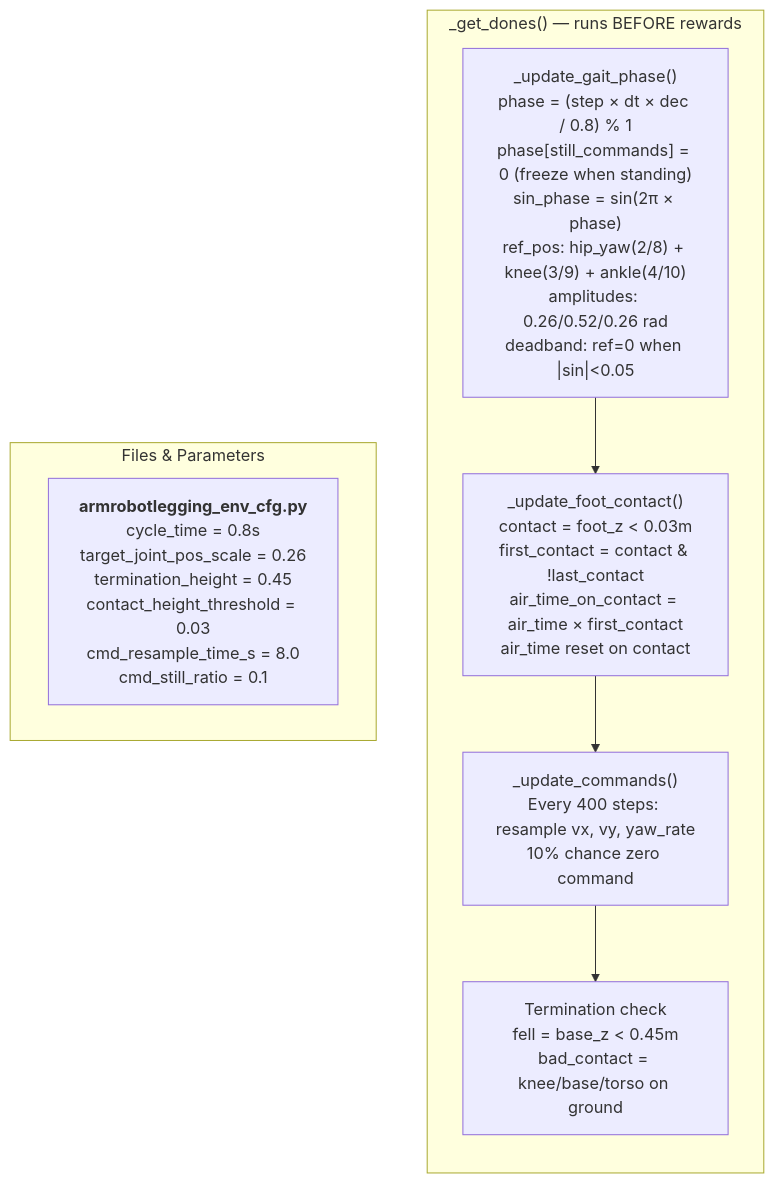
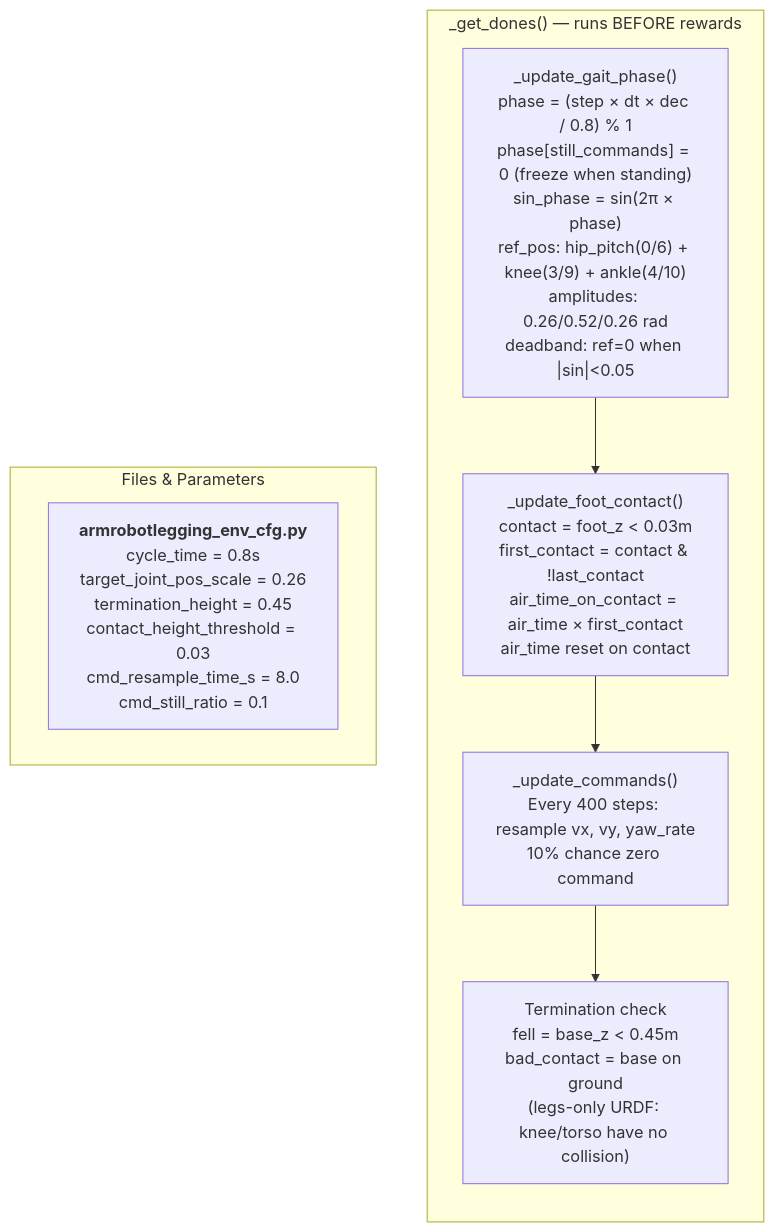
Before and after one commit to armmarov/armrobot: the fourth of 8 diagrams in docs/TRAINING_FLOW.md, drawn with Mermaid. The commit also changed other lines of this file and 3 other files, not shown here.

````diff
--- a/docs/TRAINING_FLOW.md
+++ b/docs/TRAINING_FLOW.md
@@ -94,15 +94,15 @@
 ```mermaid
 flowchart TB
     subgraph DONES["_get_dones() — runs BEFORE rewards"]
         direction TB
-        GP["_update_gait_phase()<br/>phase = (step × dt × dec / 0.8) % 1<br/>phase[still_commands] = 0 (freeze when standing)<br/>sin_phase = sin(2π × phase)<br/>ref_pos: hip_yaw(2/8) + knee(3/9) + ankle(4/10)<br/>amplitudes: 0.26/0.52/0.26 rad<br/>deadband: ref=0 when |sin|<0.05"]
+        GP["_update_gait_phase()<br/>phase = (step × dt × dec / 0.8) % 1<br/>phase[still_commands] = 0 (freeze when standing)<br/>sin_phase = sin(2π × phase)<br/>ref_pos: hip_pitch(0/6) + knee(3/9) + ankle(4/10)<br/>amplitudes: 0.26/0.52/0.26 rad<br/>deadband: ref=0 when |sin|<0.05"]
         FC["_update_foot_contact()<br/>contact = foot_z < 0.03m<br/>first_contact = contact & !last_contact<br/>air_time_on_contact = air_time × first_contact<br/>air_time reset on contact"]
         CMD["_update_commands()<br/>Every 400 steps: resample vx, vy, yaw_rate<br/>10% chance zero command"]
-        TERM["Termination check<br/>fell = base_z < 0.45m<br/>bad_contact = knee/base/torso on ground"]
+        TERM["Termination check<br/>fell = base_z < 0.45m<br/>bad_contact = base on ground<br/>(legs-only URDF: knee/torso have no collision)"]
         GP --> FC --> CMD --> TERM
     end
 
     subgraph FILES3["Files & Parameters"]
         F3["<b>armrobotlegging_env_cfg.py</b><br/>cycle_time = 0.8s<br/>target_joint_pos_scale = 0.26<br/>termination_height = 0.45<br/>contact_height_threshold = 0.03<br/>cmd_resample_time_s = 8.0<br/>cmd_still_ratio = 0.1"]
     end
 ```
````
